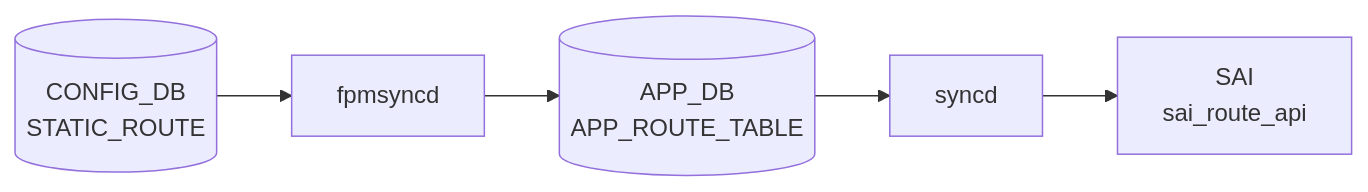
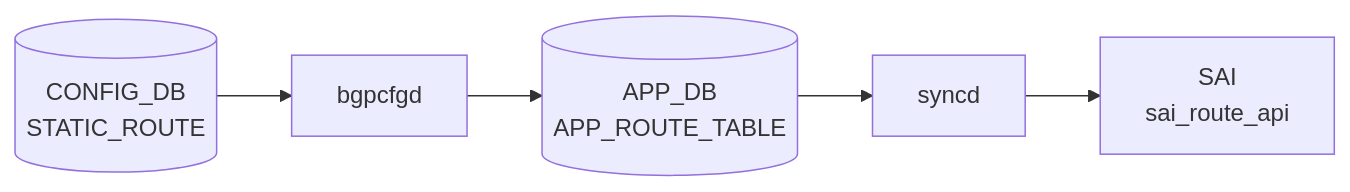
One commit to aoki-taquan/sonic-unofficial-docs changed the diagram in docs/reference/config-db/route-orch.md. Above: the diagram before and after it, drawn with Mermaid. The commit also changed 4 other files, not shown here.

First line of the commit message:
fix(scripts): correct STATIC_ROUTE daemon mapping (bgpcfgd, not fpmsyncd)

````diff
--- a/docs/reference/config-db/route-orch.md
+++ b/docs/reference/config-db/route-orch.md
@@ -52,12 +52,12 @@
 ```mermaid
 flowchart LR
   CDB[("CONFIG_DB<br/>STATIC_ROUTE")]
-  DM["fpmsyncd"]
+  DM["bgpcfgd"]
   CDB --> DM
   APPDB[("APP_DB<br/>APP_ROUTE_TABLE")]
   DM --> APPDB
   SYNCD["syncd"]
   APPDB --> SYNCD
   SAI["SAI<br/>sai_route_api"]
   SYNCD --> SAI
 ```
````
